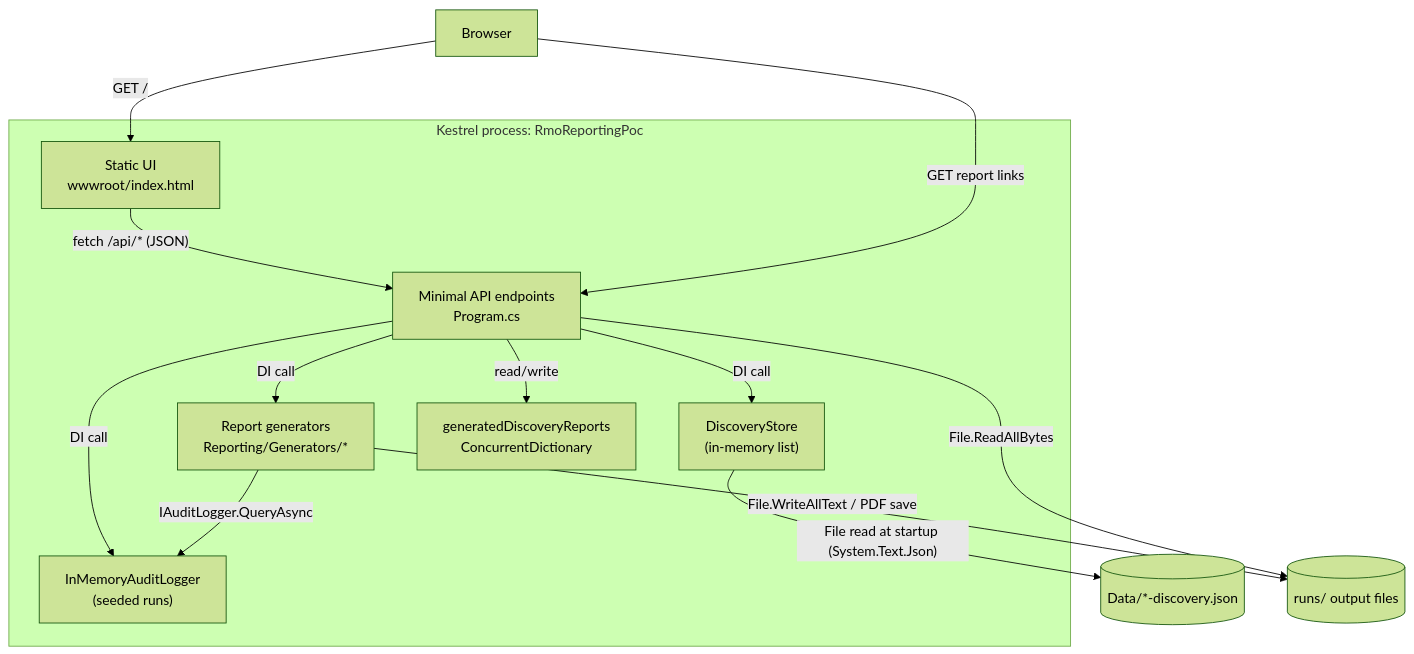
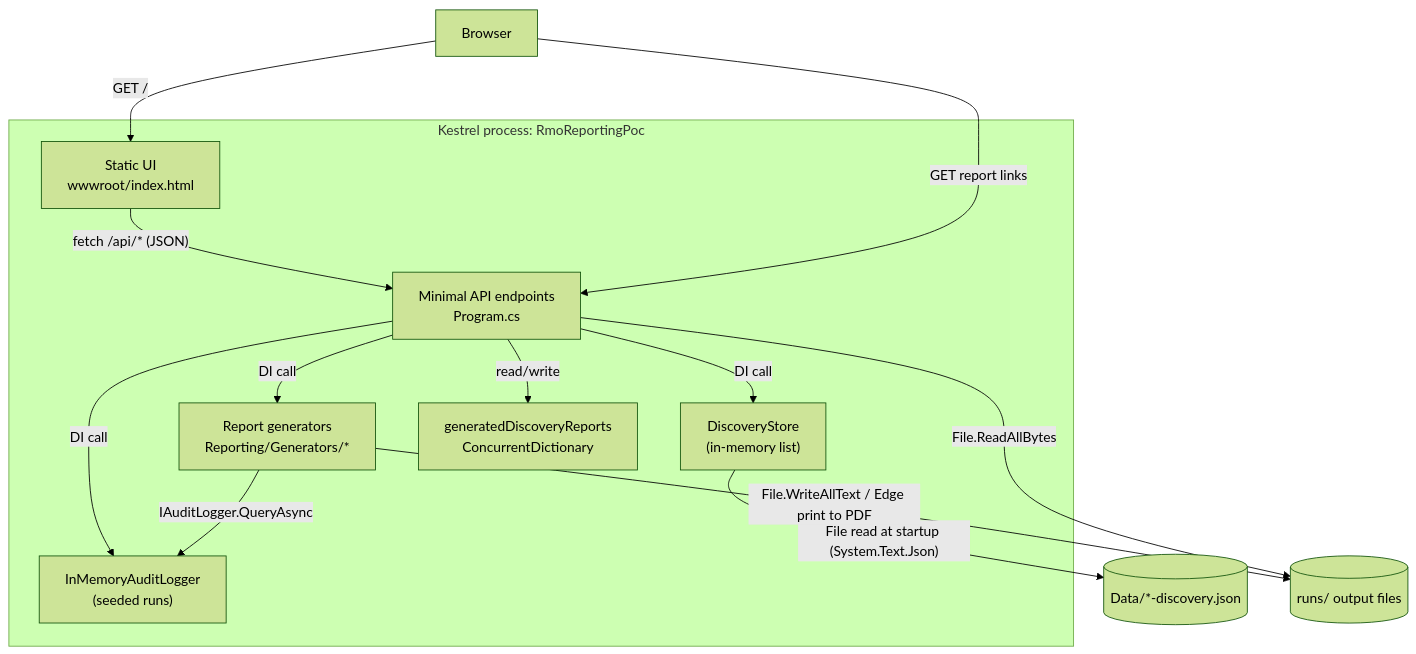
One commit to joekaras/jak changed the second of 2 diagrams in rmo/poc/docs/architecture/SYSTEM_MAP.md. Above: the diagram before and after it, drawn with Mermaid (forest theme). The commit also changed other lines of this file and 3 other files, not shown here.

````diff
--- a/rmo/poc/docs/architecture/SYSTEM_MAP.md
+++ b/rmo/poc/docs/architecture/SYSTEM_MAP.md
@@ -34,26 +34,26 @@
 ```mermaid
 flowchart TB
     browser["Browser"]
     subgraph host["Kestrel process: RmoReportingPoc"]
         static["Static UI<br/>wwwroot/index.html"]
         api["Minimal API endpoints<br/>Program.cs"]
         gens["Report generators<br/>Reporting/Generators/*"]
         store["DiscoveryStore<br/>(in-memory list)"]
         audit["InMemoryAuditLogger<br/>(seeded runs)"]
         cache["generatedDiscoveryReports<br/>ConcurrentDictionary"]
     end
     data[("Data/*-discovery.json")]
     runs[("runs/ output files")]
 
     browser -- "GET /" --> static
     static -- "fetch /api/* (JSON)" --> api
     browser -- "GET report links" --> api
     api -- "DI call" --> gens
     api -- "DI call" --> store
     api -- "DI call" --> audit
     api -- "read/write" --> cache
     gens -- "IAuditLogger.QueryAsync" --> audit
     store -- "File read at startup (System.Text.Json)" --> data
-    gens -- "File.WriteAllText / PDF save" --> runs
+    gens -- "File.WriteAllText / Edge print to PDF" --> runs
     api -- "File.ReadAllBytes" --> runs
 ```
````
